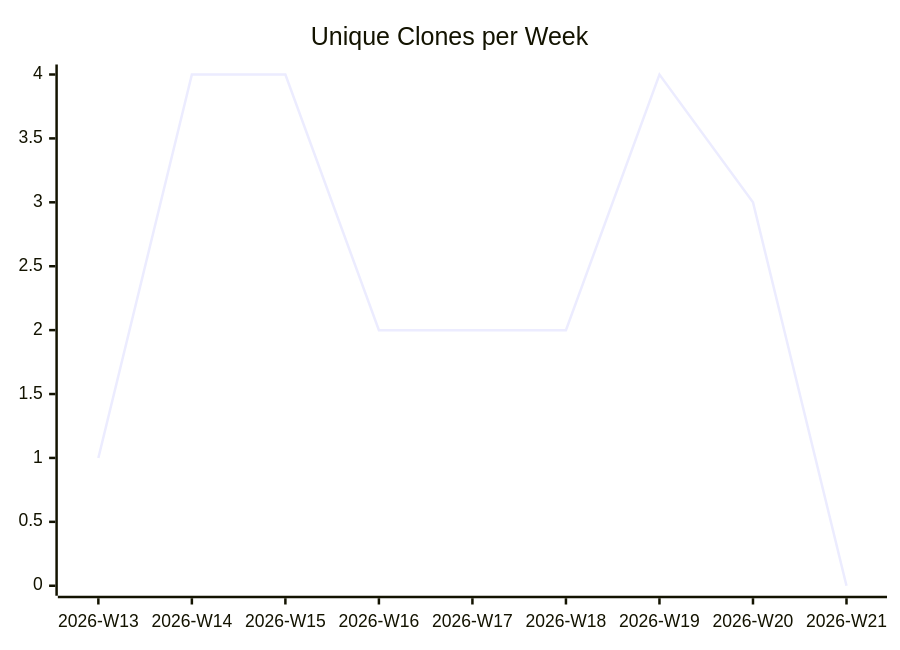
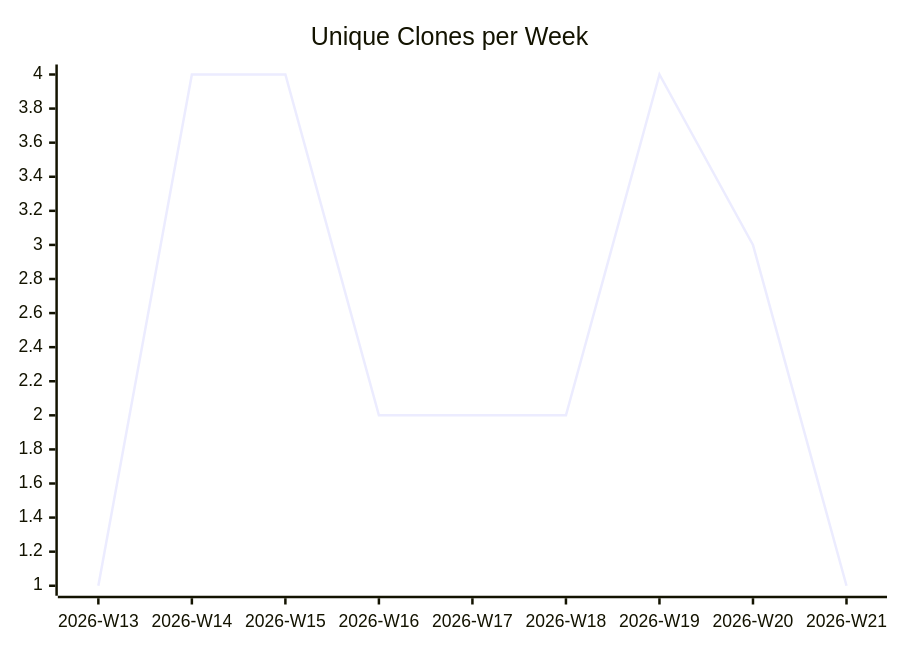
The third of 3 diagrams in karlmdavis/justdavis-puppet/README.md (justdavis-family/github-analytics-data), drawn with Mermaid before and after one commit. The commit also changed other lines of this file and 189 other files, not shown here.

````diff
--- a/karlmdavis/justdavis-puppet/README.md
+++ b/karlmdavis/justdavis-puppet/README.md
@@ -19,6 +19,6 @@
 ```mermaid
 xychart-beta
   title "Unique Clones per Week"
   x-axis ["2026-W13", "2026-W14", "2026-W15", "2026-W16", "2026-W17", "2026-W18", "2026-W19", "2026-W20", "2026-W21"]
-  line [1, 4, 4, 2, 2, 2, 4, 3, 0]
+  line [1, 4, 4, 2, 2, 2, 4, 3, 1]
 ```
````
